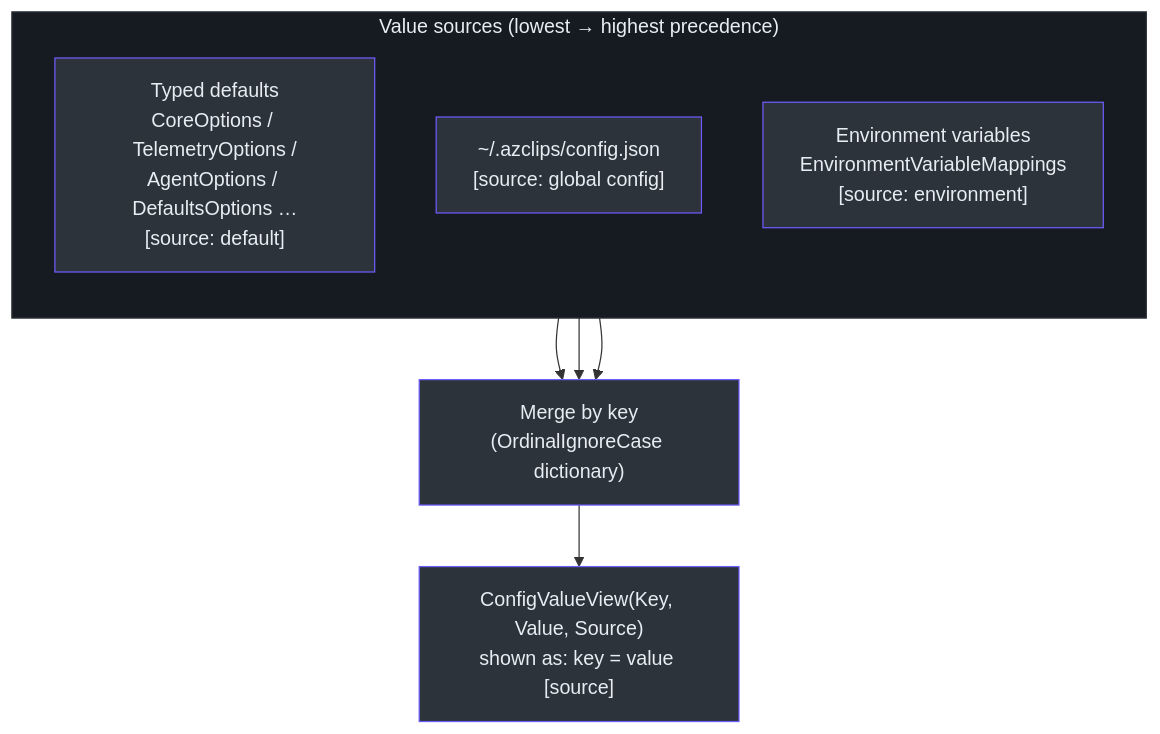
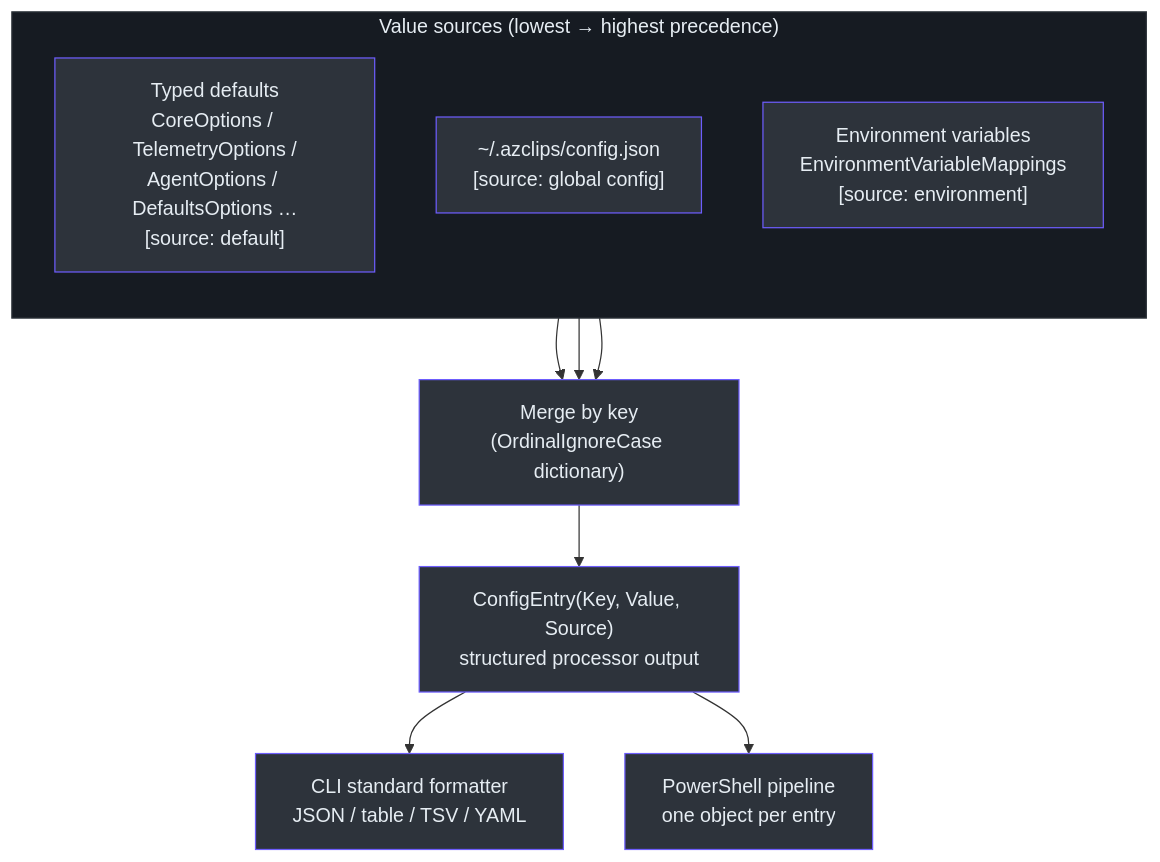
One commit to Azure/azclips changed the first of 3 diagrams in wiki/02-deep-dive/configuration-profiles.md. Above: the diagram before and after it, drawn with Mermaid. The commit also changed other lines of this file, not shown here.

First line of the commit message:
Update config architecture deep dive

````diff
--- a/wiki/02-deep-dive/configuration-profiles.md
+++ b/wiki/02-deep-dive/configuration-profiles.md
@@ -82,20 +82,24 @@
 ```mermaid
 flowchart TB
     subgraph Sources["Value sources (lowest → highest precedence)"]
         direction TB
         D["Typed defaults<br>CoreOptions / TelemetryOptions /<br>AgentOptions / DefaultsOptions …<br>[source: default]"]
         F["~/.azclips/config.json<br>[source: global config]"]
         E["Environment variables<br>EnvironmentVariableMappings<br>[source: environment]"]
     end
     D --> M["Merge by key<br>(OrdinalIgnoreCase dictionary)"]
     F --> M
     E --> M
-    M --> OUT["ConfigValueView(Key, Value, Source)<br>shown as: key = value [source]"]
+    M --> OUT["ConfigEntry(Key, Value, Source)<br>structured processor output"]
+    OUT --> CLI["CLI standard formatter<br>JSON / table / TSV / YAML"]
+    OUT --> PS["PowerShell pipeline<br>one object per entry"]
 
     style D fill:#2d333b,stroke:#6d5dfc,color:#e6edf3
     style F fill:#2d333b,stroke:#6d5dfc,color:#e6edf3
     style E fill:#2d333b,stroke:#6d5dfc,color:#e6edf3
     style M fill:#2d333b,stroke:#6d5dfc,color:#e6edf3
     style OUT fill:#2d333b,stroke:#6d5dfc,color:#e6edf3
+    style CLI fill:#2d333b,stroke:#6d5dfc,color:#e6edf3
+    style PS fill:#2d333b,stroke:#6d5dfc,color:#e6edf3
     style Sources fill:#161b22,stroke:#30363d,color:#e6edf3
 ```
````
